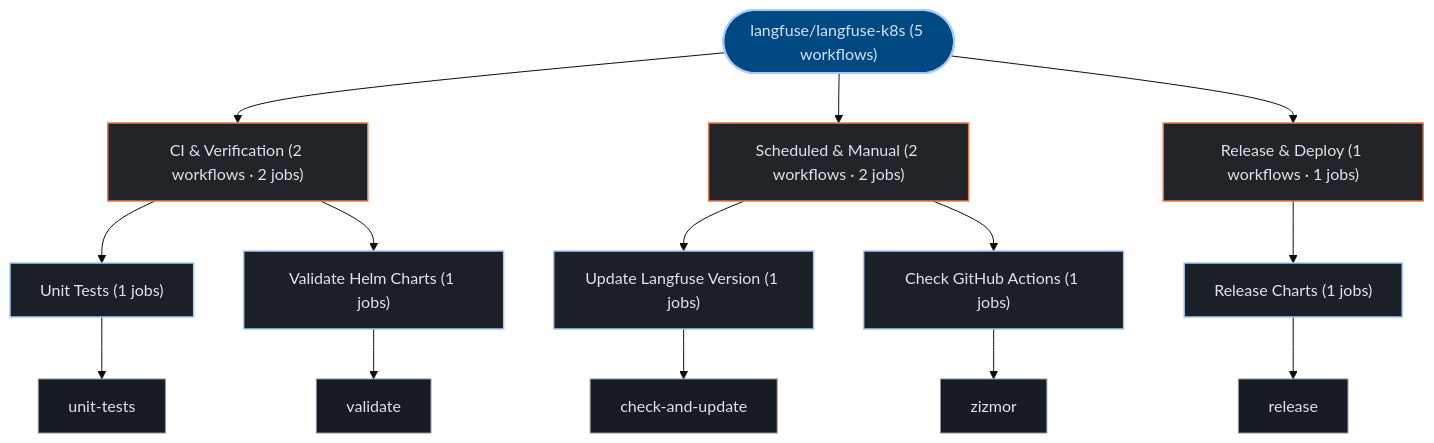
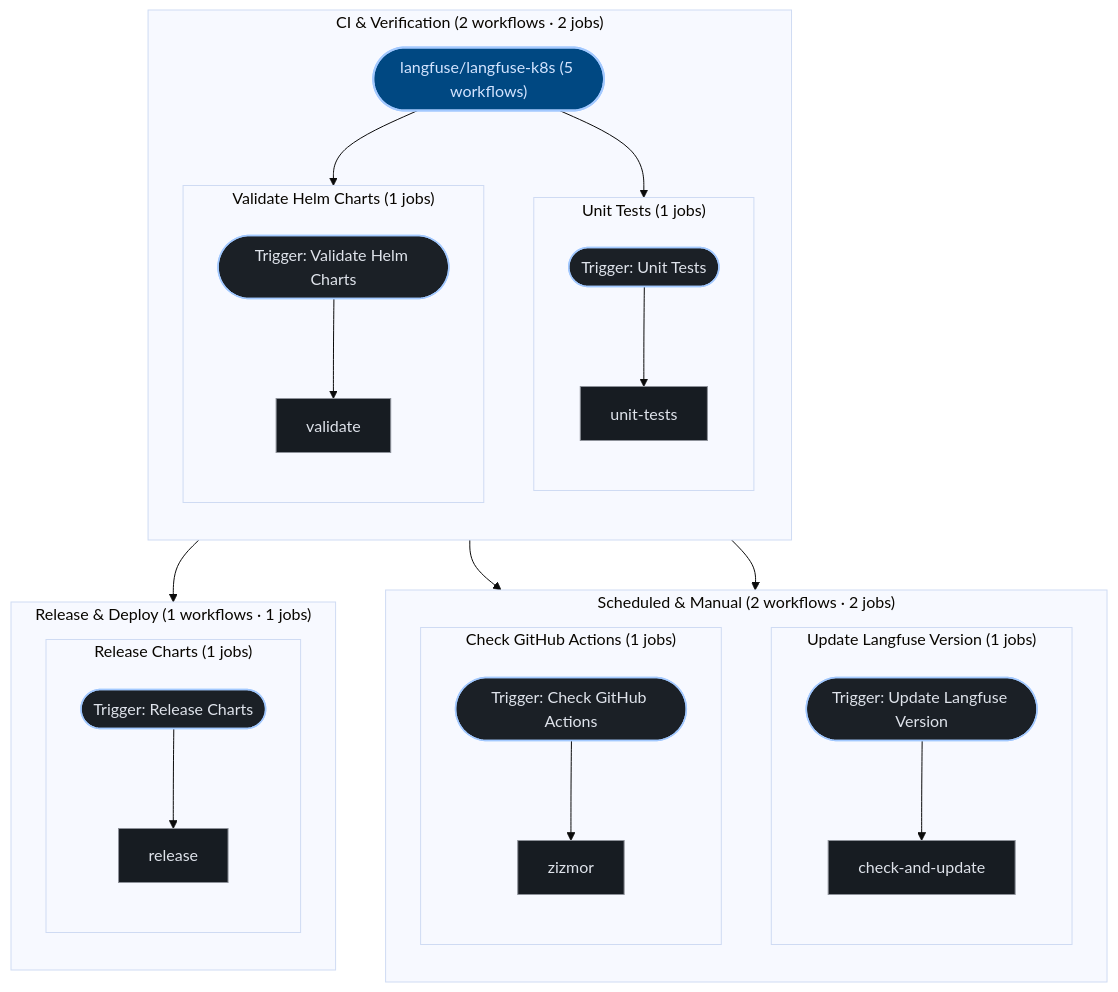
One commit to kumarshaz/atruss-code-atlas changed the third of 3 diagrams in exports/latest/reports/langfuse-langfuse-k8s-report.md. Above: the diagram before and after it, drawn with Mermaid (base theme). The commit also changed 181 other files, not shown here.

````diff
--- a/exports/latest/reports/langfuse-langfuse-k8s-report.md
+++ b/exports/latest/reports/langfuse-langfuse-k8s-report.md
@@ -214,37 +214,55 @@
 ```mermaid
 graph TD;
   classDef atlasRoot fill:#004882,stroke:#a3c9ff,stroke-width:2px,color:#d3e4ff
   classDef atlasCategory fill:#212428,stroke:#E87A48,stroke-width:1.5px,color:#dfe3eb
   classDef atlasWorkflow fill:#1b2026,stroke:#a3c9ff,stroke-width:1.5px,color:#dfe3eb
   classDef atlasJob fill:#171c22,stroke:#8d9199,stroke-width:1px,color:#dfe3eb
   classDef atlasTarget fill:#005227,stroke:#8bd99b,stroke-width:1.5px,color:#a7f6b6
   classDef atlasAlert fill:#93000a,stroke:#ffb4ab,stroke-width:1.5px,color:#ffdad6
   classDef atlasMore fill:#252a31,stroke:#8d9199,stroke-dasharray:4 4,color:#c3c6cf
   pipeline_root(["langfuse/langfuse-k8s (5 workflows)"]):::atlasRoot
-  grp_0_CI___Verification["CI & Verification (2 workflows · 2 jobs)"]:::atlasCategory
-  pipeline_root --> grp_0_CI___Verification
-  wf_1_Unit_Tests["Unit Tests (1 jobs)"]:::atlasWorkflow
-  grp_0_CI___Verification --> wf_1_Unit_Tests
-  job_1_unit_tests["unit-tests"]:::atlasJob
-  wf_1_Unit_Tests --> job_1_unit_tests
-  wf_3_Validate_Helm_Charts["Validate Helm Charts (1 jobs)"]:::atlasWorkflow
-  grp_0_CI___Verification --> wf_3_Validate_Helm_Charts
-  job_3_validate["validate"]:::atlasJob
-  wf_3_Validate_Helm_Charts --> job_3_validate
-  grp_1_Scheduled___Manual["Scheduled & Manual (2 workflows · 2 jobs)"]:::atlasCategory
-  pipeline_root --> grp_1_Scheduled___Manual
-  wf_2_Update_Langfuse_Version["Update Langfuse Version (1 jobs)"]:::atlasWorkflow
-  grp_1_Scheduled___Manual --> wf_2_Update_Langfuse_Version
-  job_2_check_and_update["check-and-update"]:::atlasJob
-  wf_2_Update_Langfuse_Version --> job_2_check_and_update
-  wf_4_Check_GitHub_Actions["Check GitHub Actions (1 jobs)"]:::atlasWorkflow
-  grp_1_Scheduled___Manual --> wf_4_Check_GitHub_Actions
-  job_4_zizmor["zizmor"]:::atlasJob
-  wf_4_Check_GitHub_Actions --> job_4_zizmor
-  grp_2_Release___Deploy["Release & Deploy (1 workflows · 1 jobs)"]:::atlasCategory
-  pipeline_root --> grp_2_Release___Deploy
-  wf_0_Release_Charts["Release Charts (1 jobs)"]:::atlasWorkflow
-  grp_2_Release___Deploy --> wf_0_Release_Charts
-  job_0_release["release"]:::atlasJob
-  wf_0_Release_Charts --> job_0_release
+  subgraph sg_grp_0_CI___Verification["CI & Verification (2 workflows · 2 jobs)"]
+    direction TB
+    subgraph sg_wf_1_Unit_Tests["Unit Tests (1 jobs)"]
+      direction TB
+      wf_1_Unit_Tests(["Trigger: Unit Tests"]):::atlasWorkflow
+      job_1_unit_tests["unit-tests"]:::atlasJob
+      wf_1_Unit_Tests --> job_1_unit_tests
+    end
+    pipeline_root --> wf_1_Unit_Tests
+    subgraph sg_wf_3_Validate_Helm_Charts["Validate Helm Charts (1 jobs)"]
+      direction TB
+      wf_3_Validate_Helm_Charts(["Trigger: Validate Helm Charts"]):::atlasWorkflow
+      job_3_validate["validate"]:::atlasJob
+      wf_3_Validate_Helm_Charts --> job_3_validate
+    end
+    pipeline_root --> wf_3_Validate_Helm_Charts
+  end
+  subgraph sg_grp_1_Scheduled___Manual["Scheduled & Manual (2 workflows · 2 jobs)"]
+    direction TB
+    subgraph sg_wf_2_Update_Langfuse_Version["Update Langfuse Version (1 jobs)"]
+      direction TB
+      wf_2_Update_Langfuse_Version(["Trigger: Update Langfuse Version"]):::atlasWorkflow
+      job_2_check_and_update["check-and-update"]:::atlasJob
+      wf_2_Update_Langfuse_Version --> job_2_check_and_update
+    end
+    pipeline_root --> wf_2_Update_Langfuse_Version
+    subgraph sg_wf_4_Check_GitHub_Actions["Check GitHub Actions (1 jobs)"]
+      direction TB
+      wf_4_Check_GitHub_Actions(["Trigger: Check GitHub Actions"]):::atlasWorkflow
+      job_4_zizmor["zizmor"]:::atlasJob
+      wf_4_Check_GitHub_Actions --> job_4_zizmor
+    end
+    pipeline_root --> wf_4_Check_GitHub_Actions
+  end
+  subgraph sg_grp_2_Release___Deploy["Release & Deploy (1 workflows · 1 jobs)"]
+    direction TB
+    subgraph sg_wf_0_Release_Charts["Release Charts (1 jobs)"]
+      direction TB
+      wf_0_Release_Charts(["Trigger: Release Charts"]):::atlasWorkflow
+      job_0_release["release"]:::atlasJob
+      wf_0_Release_Charts --> job_0_release
+    end
+    pipeline_root --> wf_0_Release_Charts
+  end
 ```
````
